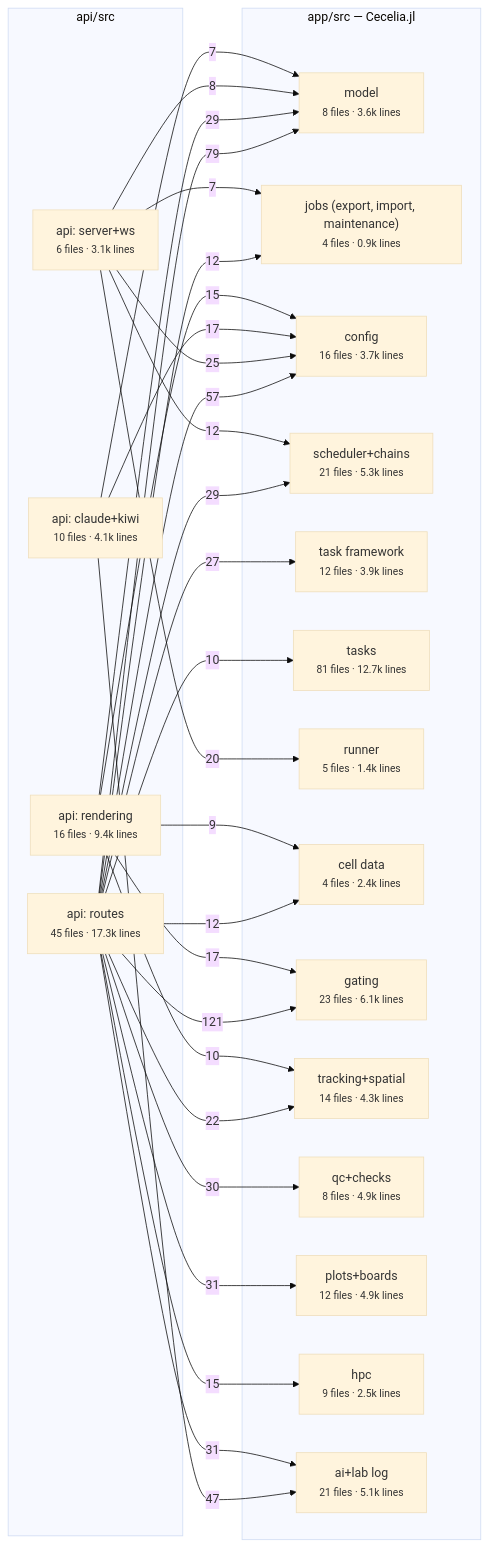
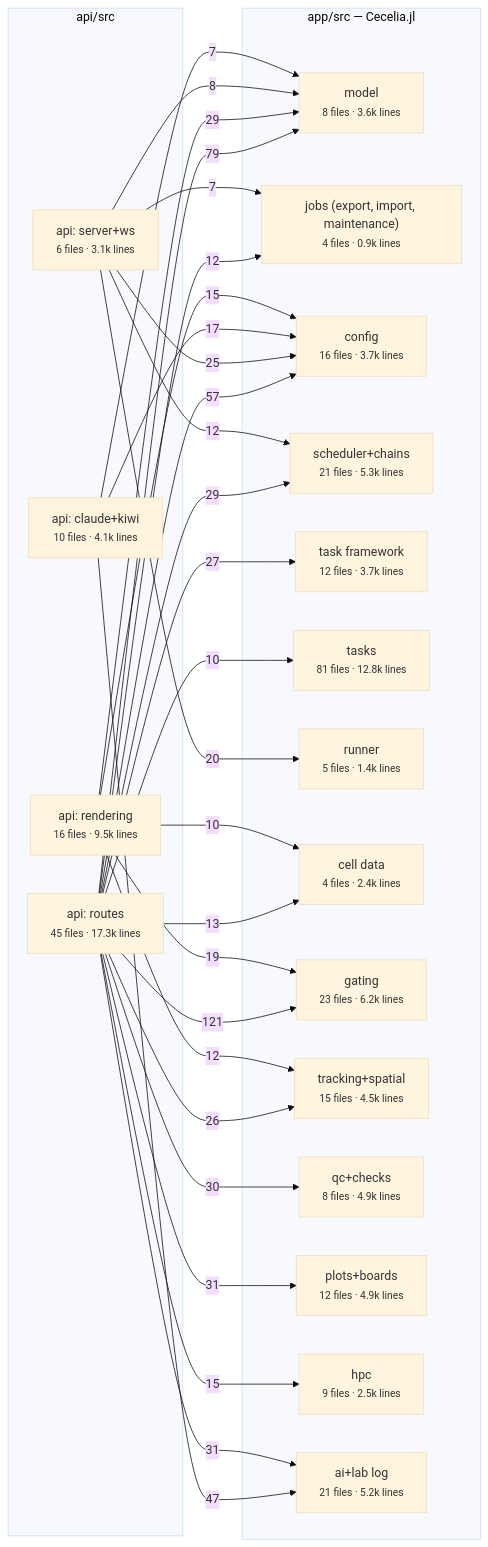
The second of 2 diagrams in docs/architecture/julia/areas.md (schienstockd/cecelia), drawn with Mermaid (base theme) before and after one commit. The commit also changed other lines of this file and 78 other files, not shown here.

````diff
--- a/docs/architecture/julia/areas.md
+++ b/docs/architecture/julia/areas.md
@@ -65,51 +64,51 @@
 ```mermaid
 flowchart LR
   subgraph API["api/src"]
     api__server_ws["api: server+ws<br/><small>6 files · 3.1k lines</small>"]
-    api__rendering["api: rendering<br/><small>16 files · 9.4k lines</small>"]
+    api__rendering["api: rendering<br/><small>16 files · 9.5k lines</small>"]
     api__claude_kiwi["api: claude+kiwi<br/><small>10 files · 4.1k lines</small>"]
     api__routes["api: routes<br/><small>45 files · 17.3k lines</small>"]
   end
   subgraph PKG["app/src — Cecelia.jl"]
     model["model<br/><small>8 files · 3.6k lines</small>"]
     jobs__export__import__maintenance_["jobs (export, import, maintenance)<br/><small>4 files · 0.9k lines</small>"]
     config["config<br/><small>16 files · 3.7k lines</small>"]
     scheduler_chains["scheduler+chains<br/><small>21 files · 5.3k lines</small>"]
-    task_framework["task framework<br/><small>12 files · 3.9k lines</small>"]
-    tasks["tasks<br/><small>81 files · 12.7k lines</small>"]
+    task_framework["task framework<br/><small>12 files · 3.7k lines</small>"]
+    tasks["tasks<br/><small>81 files · 12.8k lines</small>"]
     runner["runner<br/><small>5 files · 1.4k lines</small>"]
     cell_data["cell data<br/><small>4 files · 2.4k lines</small>"]
-    gating["gating<br/><small>23 files · 6.1k lines</small>"]
-    tracking_spatial["tracking+spatial<br/><small>14 files · 4.3k lines</small>"]
+    gating["gating<br/><small>23 files · 6.2k lines</small>"]
+    tracking_spatial["tracking+spatial<br/><small>15 files · 4.5k lines</small>"]
     qc_checks["qc+checks<br/><small>8 files · 4.9k lines</small>"]
     plots_boards["plots+boards<br/><small>12 files · 4.9k lines</small>"]
     hpc["hpc<br/><small>9 files · 2.5k lines</small>"]
-    ai_lab_log["ai+lab log<br/><small>21 files · 5.1k lines</small>"]
+    ai_lab_log["ai+lab log<br/><small>21 files · 5.2k lines</small>"]
   end
   api__routes -->|121| gating
   api__routes -->|79| model
   api__routes -->|57| config
   api__claude_kiwi -->|47| ai_lab_log
   api__routes -->|31| ai_lab_log
   api__routes -->|31| plots_boards
   api__routes -->|30| qc_checks
   api__rendering -->|29| model
   api__routes -->|29| scheduler_chains
   api__routes -->|27| task_framework
+  api__routes -->|26| tracking_spatial
   api__server_ws -->|25| config
-  api__routes -->|22| tracking_spatial
   api__server_ws -->|20| runner
+  api__rendering -->|19| gating
   api__claude_kiwi -->|17| config
-  api__rendering -->|17| gating
   api__rendering -->|15| config
   api__routes -->|15| hpc
-  api__routes -->|12| cell_data
+  api__routes -->|13| cell_data
+  api__rendering -->|12| tracking_spatial
   api__routes -->|12| jobs__export__import__maintenance_
   api__server_ws -->|12| scheduler_chains
-  api__rendering -->|10| tracking_spatial
+  api__rendering -->|10| cell_data
   api__routes -->|10| tasks
-  api__rendering -->|9| cell_data
   api__server_ws -->|8| model
   api__claude_kiwi -->|7| model
   api__server_ws -->|7| jobs__export__import__maintenance_
 ```
````
